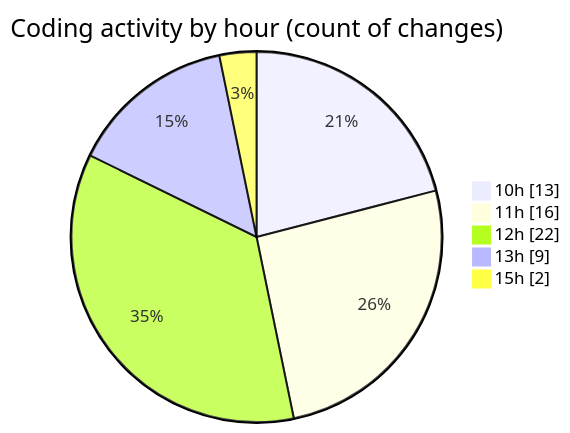
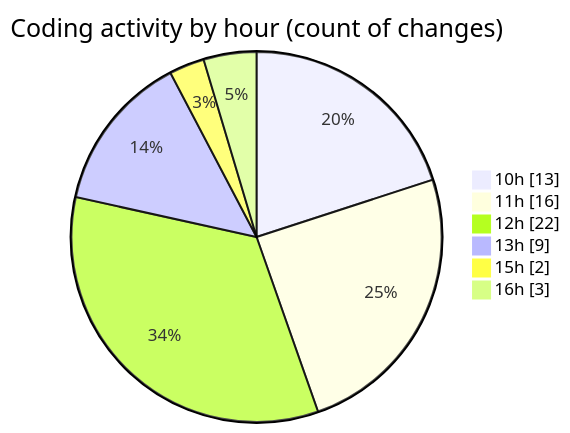
Before and after one commit to momahboobian/code-tracking: the second of 2 diagrams in 2025-05-27/cda/README.md, drawn with Mermaid. The commit also changed other lines of this file and 1 other file, not shown here.

````diff
--- a/2025-05-27/cda/README.md
+++ b/2025-05-27/cda/README.md
@@ -38,9 +40,10 @@
 ```mermaid
 pie showData
 title Coding activity by hour (count of changes)
 "10h" : 13
 "11h" : 16
 "12h" : 22
 "13h" : 9
 "15h" : 2
+"16h" : 3
 ```
````
